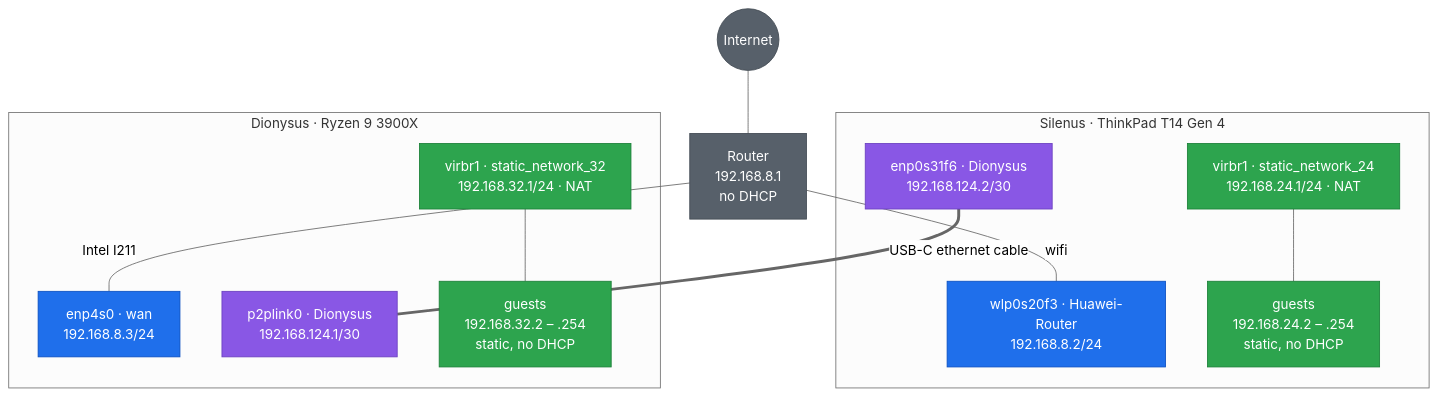
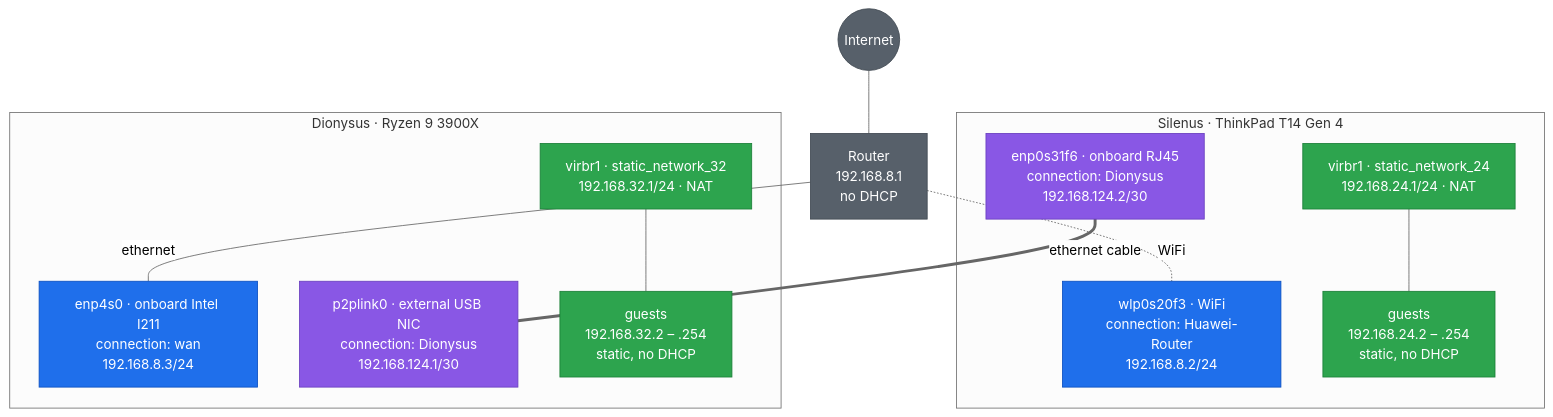
One commit to bahman-farhadian/linux_terminal_dotfiles_configuration changed the diagram in linux_terminal_dotfiles_configuration/Dionysus/Dionysus.md. Above: the diagram before and after it, drawn with Mermaid (neutral theme). The commit also changed other lines of this file and 2 other files, not shown here.

First line of the commit message:
docs: the USB-C part is the NIC, not the cable, and WiFi is capitalised

````diff
--- a/linux_terminal_dotfiles_configuration/Dionysus/Dionysus.md
+++ b/linux_terminal_dotfiles_configuration/Dionysus/Dionysus.md
@@ -1073,35 +1073,35 @@
 ```mermaid
 graph TB
     INET(("Internet"))
     R["Router<br/>192.168.8.1<br/>no DHCP"]
     INET --- R
 
     subgraph SIL ["Silenus &middot; ThinkPad T14 Gen 4"]
-        SW["wlp0s20f3 &middot; Huawei-Router<br/>192.168.8.2/24"]
-        SP["enp0s31f6 &middot; Dionysus<br/>192.168.124.2/30"]
+        SW["wlp0s20f3 &middot; WiFi<br/>connection: Huawei-Router<br/>192.168.8.2/24"]
+        SP["enp0s31f6 &middot; onboard RJ45<br/>connection: Dionysus<br/>192.168.124.2/30"]
         SB["virbr1 &middot; static_network_24<br/>192.168.24.1/24 &middot; NAT"]
         SG["guests<br/>192.168.24.2 &ndash; .254<br/>static, no DHCP"]
         SB --- SG
     end
 
     subgraph DIO ["Dionysus &middot; Ryzen 9 3900X"]
-        DW["enp4s0 &middot; wan<br/>192.168.8.3/24"]
-        DP["p2plink0 &middot; Dionysus<br/>192.168.124.1/30"]
+        DW["enp4s0 &middot; onboard Intel I211<br/>connection: wan<br/>192.168.8.3/24"]
+        DP["p2plink0 &middot; external USB NIC<br/>connection: Dionysus<br/>192.168.124.1/30"]
         DB["virbr1 &middot; static_network_32<br/>192.168.32.1/24 &middot; NAT"]
         DG["guests<br/>192.168.32.2 &ndash; .254<br/>static, no DHCP"]
         DB --- DG
     end
 
-    R ---|wifi| SW
-    R ---|Intel I211| DW
-    SP ===|USB-C ethernet cable| DP
+    R -.-|WiFi| SW
+    R ---|ethernet| DW
+    SP ===|ethernet cable| DP
 
     classDef wan fill:#1f6feb,stroke:#0b4fc0,color:#ffffff
     classDef p2p fill:#8957e5,stroke:#6a3fbf,color:#ffffff
     classDef guest fill:#2da44e,stroke:#1a7f37,color:#ffffff
     classDef infra fill:#57606a,stroke:#424a53,color:#ffffff
     class SW,DW wan
     class SP,DP p2p
     class SB,SG,DB,DG guest
     class R,INET infra
 ```
````
